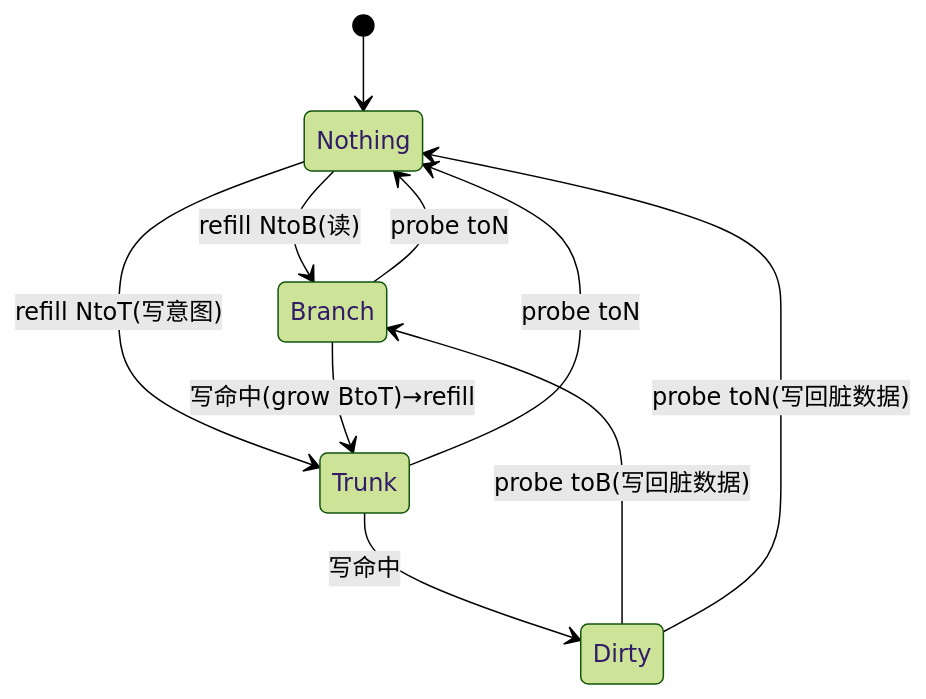
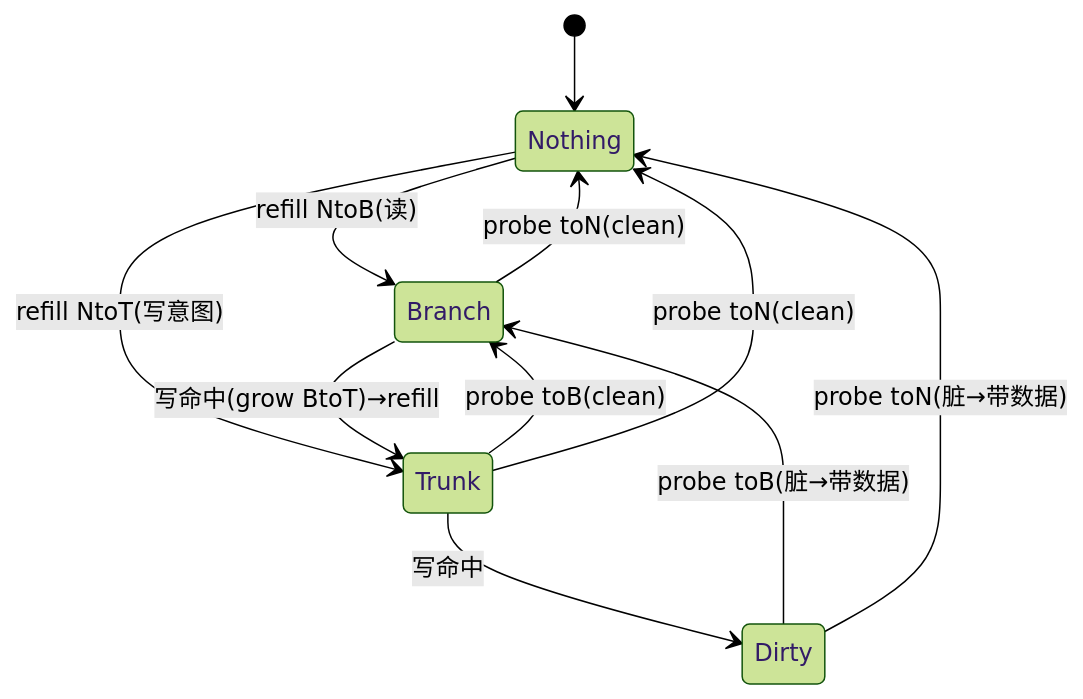
Before and after one commit to shengnanli/xs-v2r2-sv: the third of 3 diagrams in docs/memblock/MainPipe.md, drawn with Mermaid (forest theme). The commit also changed other lines of this file and 31 other files, not shown here.

````diff
--- a/docs/memblock/MainPipe.md
+++ b/docs/memblock/MainPipe.md
@@ -77,12 +109,13 @@
 ```mermaid
 stateDiagram-v2
   [*] --> Nothing
   Nothing --> Branch: refill NtoB(读)
   Nothing --> Trunk: refill NtoT(写意图)
   Branch --> Trunk: 写命中(grow BtoT)→refill
   Trunk --> Dirty: 写命中
-  Dirty --> Branch: probe toB(写回脏数据)
-  Dirty --> Nothing: probe toN(写回脏数据)
-  Trunk --> Nothing: probe toN
-  Branch --> Nothing: probe toN
+  Dirty --> Branch: probe toB(脏→带数据)
+  Dirty --> Nothing: probe toN(脏→带数据)
+  Trunk --> Branch: probe toB(clean)
+  Trunk --> Nothing: probe toN(clean)
+  Branch --> Nothing: probe toN(clean)
 ```
````
